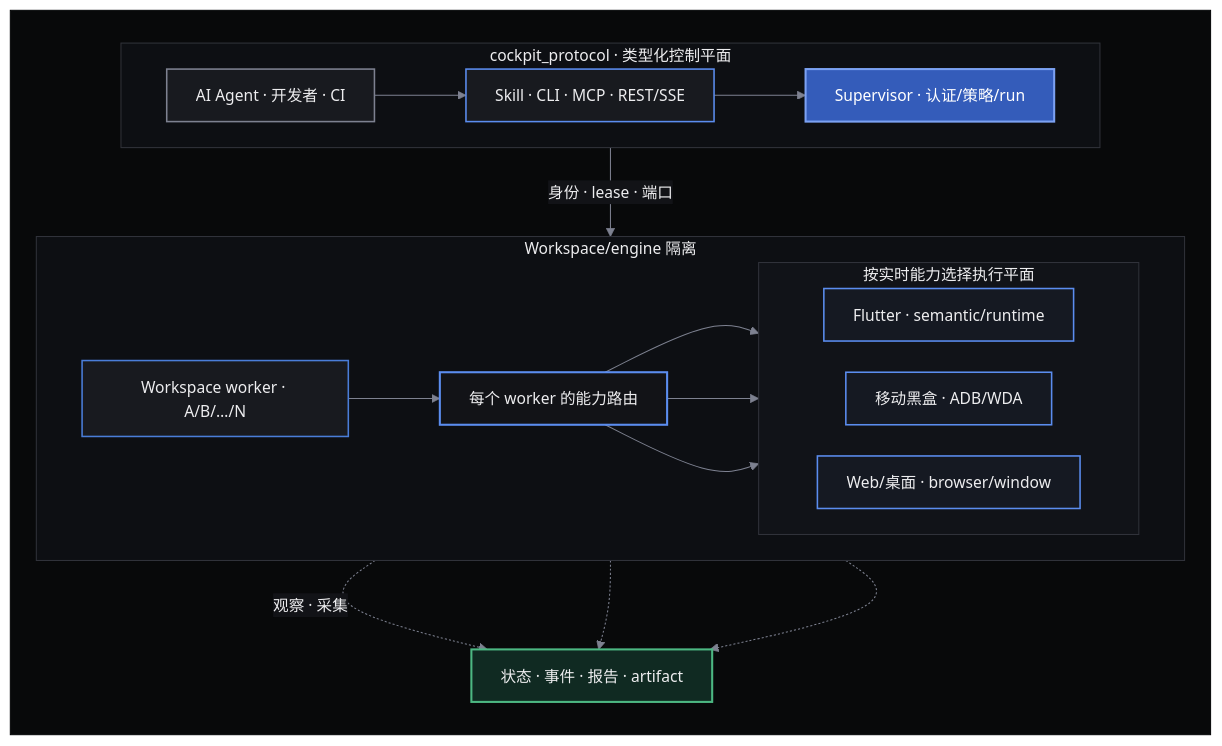
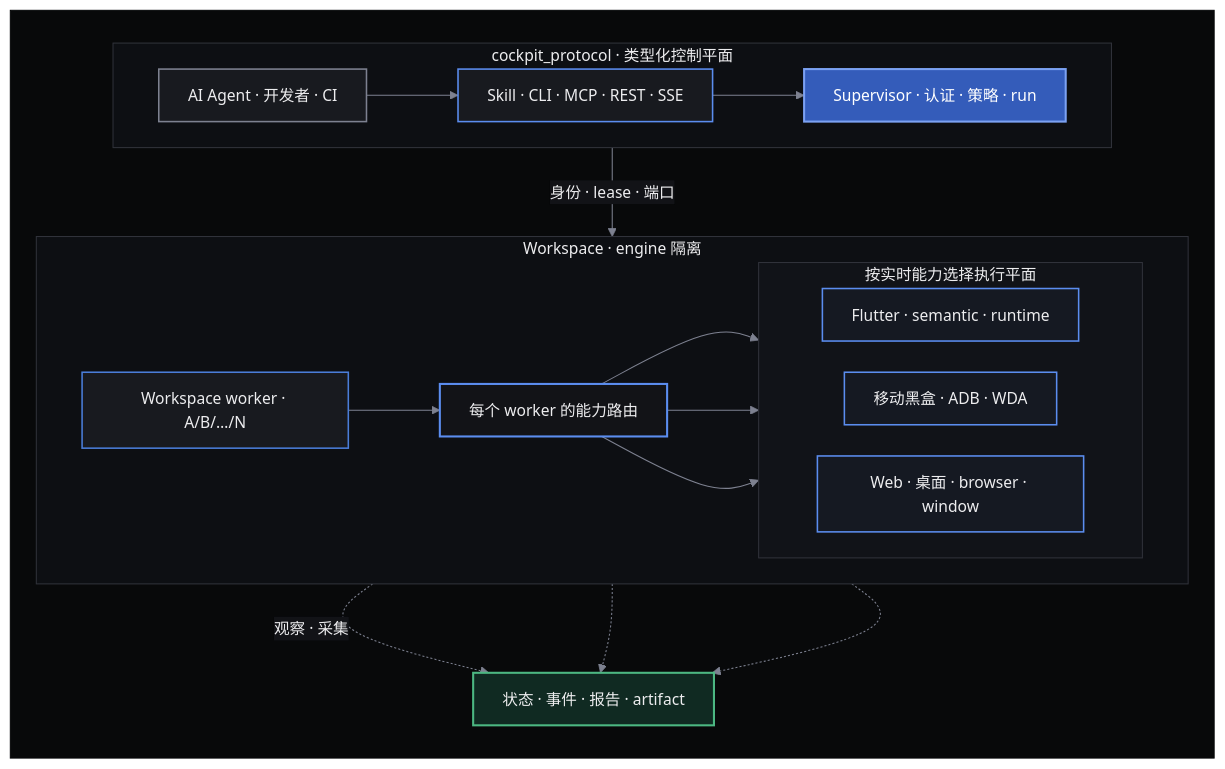
The diagram in README.zh-CN.md (cockpit-dev/cockpit), drawn with Mermaid before and after one commit. The commit also changed 1 other file, not shown here.

Commit message:
docs: improve architecture diagram labels

````diff
--- a/README.zh-CN.md
+++ b/README.zh-CN.md
@@ -110,60 +110,60 @@
 ```mermaid
 %%{init: {"theme": "base", "themeVariables": {"darkMode": true, "background": "#08090A", "fontFamily": "system-ui, -apple-system, BlinkMacSystemFont, Segoe UI, sans-serif", "fontSize": "15px", "primaryColor": "#181A1F", "primaryTextColor": "#EDEDEF", "primaryBorderColor": "#5B8DEF", "lineColor": "#7D8190", "secondaryColor": "#121317", "tertiaryColor": "#0D0F13", "clusterBkg": "#0D0F13", "clusterBorder": "#30323A", "edgeLabelBackground": "#121317"}, "flowchart": {"curve": "basis", "nodeSpacing": 30, "rankSpacing": 38, "padding": 14}}}%%
 flowchart TB
   subgraph Architecture[" "]
     direction TB
   subgraph ControlPath["cockpit_protocol · 类型化控制平面"]
     direction LR
     Actors["AI Agent · 开发者 · CI"]
-    Surfaces["Skill · CLI · MCP · REST/SSE"]
-    Supervisor["Supervisor · 认证/策略/run"]
+    Surfaces["Skill · CLI · MCP · REST · SSE"]
+    Supervisor["Supervisor · 认证 · 策略 · run"]
     Actors --> Surfaces --> Supervisor
   end
 
-  subgraph RuntimePath["Workspace/engine 隔离"]
+  subgraph RuntimePath["Workspace · engine 隔离"]
     direction LR
     Workers["Workspace worker · A/B/…/N"]
     Router["每个 worker 的能力路由"]
 
     subgraph Planes["按实时能力选择执行平面"]
       direction LR
-      Flutter["Flutter · semantic/runtime"]
-      Native["移动黑盒 · ADB/WDA"]
-      Desktop["Web/桌面 · browser/window"]
+      Flutter["Flutter · semantic · runtime"]
+      Native["移动黑盒 · ADB · WDA"]
+      Desktop["Web · 桌面 · browser · window"]
     end
 
     Workers --> Router
     Router --> Flutter
     Router --> Native
     Router --> Desktop
   end
 
   Evidence["状态 · 事件 · 报告 · artifact"]
 
   Supervisor -->|身份 · lease · 端口| Workers
   Flutter -.->|观察 · 采集| Evidence
   Native -.-> Evidence
   Desktop -.-> Evidence
   end
 
   classDef actor fill:#181A1F,stroke:#7D8190,color:#EDEDEF,stroke-width:1.5px
   classDef surface fill:#181A1F,stroke:#5B8DEF,color:#EDEDEF,stroke-width:1.5px
   classDef primary fill:#345CBA,stroke:#7BA1F2,color:#FFFFFF,stroke-width:2px
   classDef control fill:#121317,stroke:#5B8DEF,color:#EDEDEF,stroke-width:2px
   classDef worker fill:#181A1F,stroke:#4A7DD8,color:#EDEDEF,stroke-width:1.5px
   classDef plane fill:#151922,stroke:#5B8DEF,color:#EDEDEF,stroke-width:1.5px
   classDef evidence fill:#102A22,stroke:#4CB782,color:#EDEDEF,stroke-width:2px
 
   class Actors actor
   class Surfaces surface
   class Supervisor primary
   class Router control
   class Workers worker
   class Flutter,Native,Desktop plane
   class Evidence evidence
 
   style Architecture fill:#08090A,stroke:#08090A,color:#EDEDEF
   style ControlPath fill:#0D0F13,stroke:#30323A,color:#EDEDEF
   style RuntimePath fill:#0D0F13,stroke:#30323A,color:#EDEDEF
   style Planes fill:#111318,stroke:#30323A,color:#EDEDEF
 ```
````
